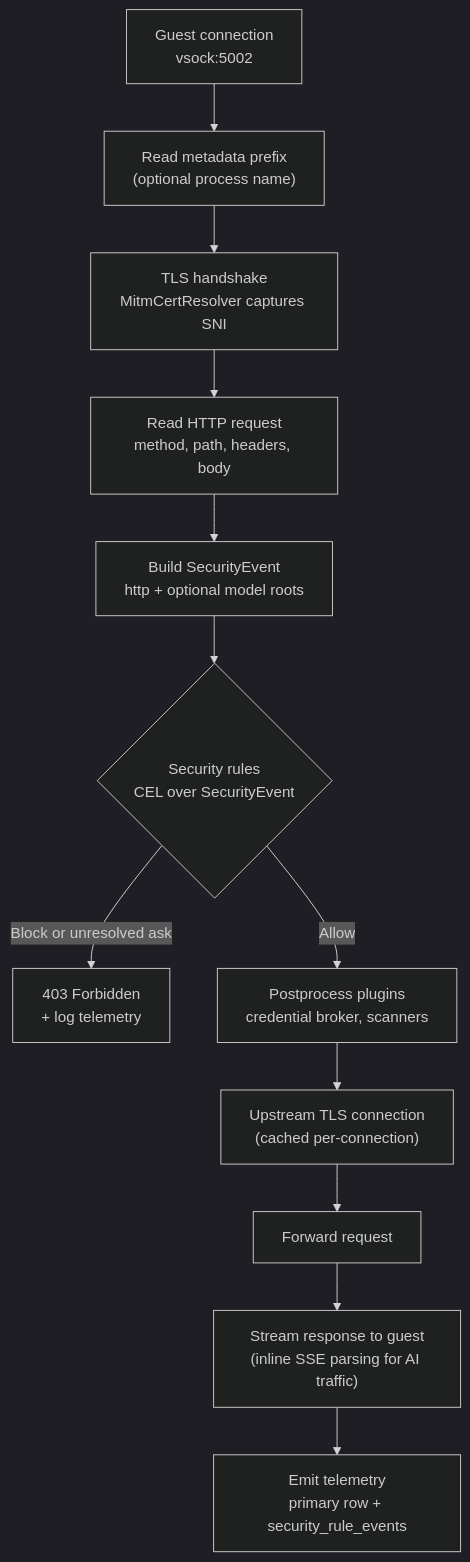
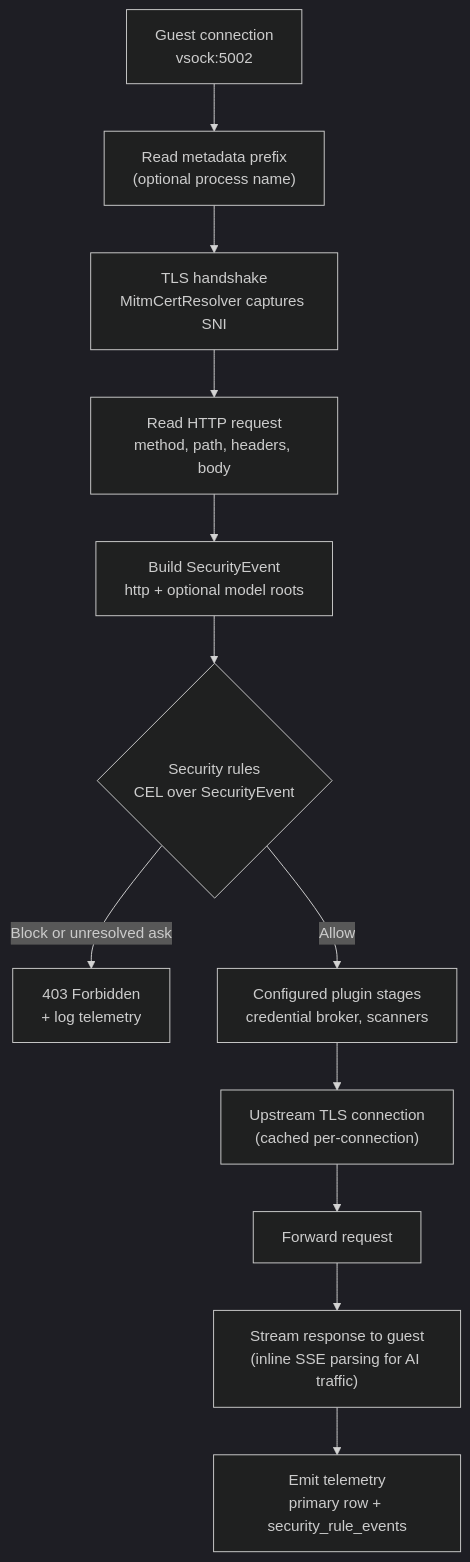
Before and after one commit to google/capsem: the first of 5 diagrams in docs/src/content/docs/architecture/mitm-proxy.md, drawn with Mermaid (dark theme). The commit also changed other lines of this file and 38 other files, not shown here.

````diff
--- a/docs/src/content/docs/architecture/mitm-proxy.md
+++ b/docs/src/content/docs/architecture/mitm-proxy.md
@@ -17,14 +17,14 @@
 ```mermaid
 graph TD
     A["Guest connection<br/>vsock:5002"] --> B["Read metadata prefix<br/>(optional process name)"]
     B --> C["TLS handshake<br/>MitmCertResolver captures SNI"]
     C --> D["Read HTTP request<br/>method, path, headers, body"]
     D --> E["Build SecurityEvent<br/>http + optional model roots"]
     E --> F{"Security rules<br/>CEL over SecurityEvent"}
     F -->|Block or unresolved ask| G["403 Forbidden<br/>+ log telemetry"]
-    F -->|Allow| I["Postprocess plugins<br/>credential broker, scanners"]
+    F -->|Allow| I["Configured plugin stages<br/>credential broker, scanners"]
     I --> J["Upstream TLS connection<br/>(cached per-connection)"]
     J --> K["Forward request"]
     K --> L["Stream response to guest<br/>(inline SSE parsing for AI traffic)"]
     L --> M["Emit telemetry<br/>primary row + security_rule_events"]
 ```
````
